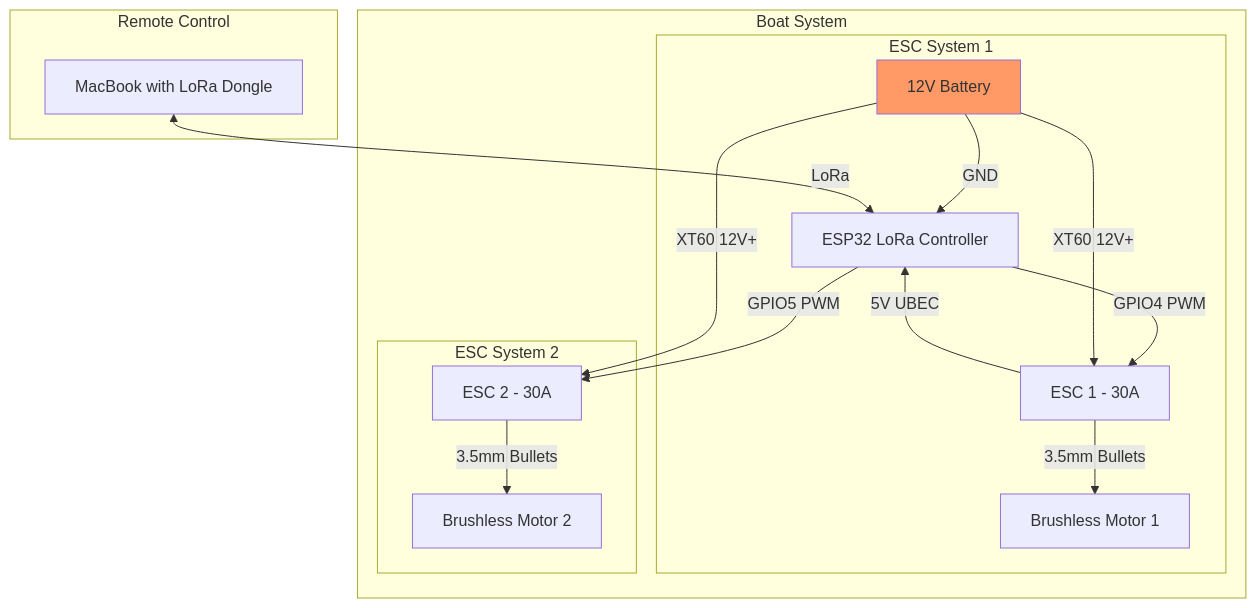
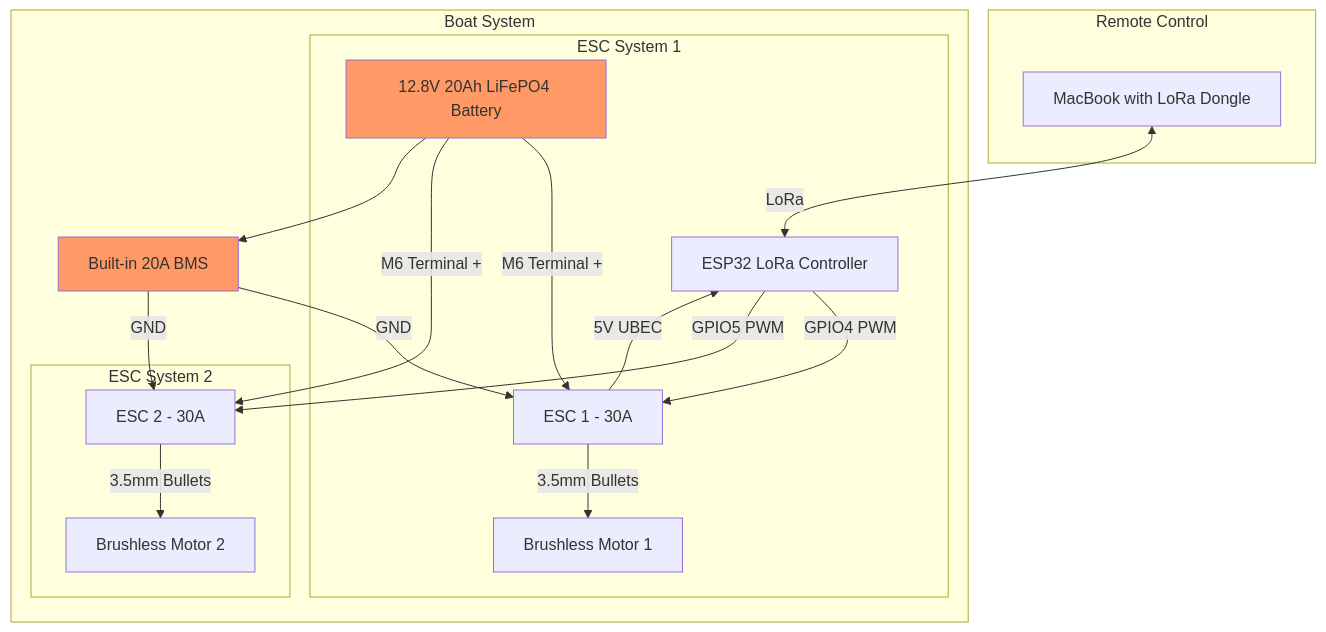
Before and after one commit to lightsblue/boat: the diagram in requirements.md, drawn with Mermaid. The commit also changed other lines of this file, not shown here.

Commit message:
Added battery and milestone 1 and componenents

````diff
--- a/requirements.md
+++ b/requirements.md
@@ -89,35 +47,38 @@
 ```mermaid
 graph TD
     subgraph Remote Control
         MacBook[MacBook with LoRa Dongle]
     end
 
     subgraph Boat System
         ESP32[ESP32 LoRa Controller]
-        Battery[12V Battery]
+        Battery[12.8V 20Ah LiFePO4 Battery]
+        BMS[Built-in 20A BMS]
         
         subgraph ESC System 1
             ESC1[ESC 1 - 30A]
             Motor1[Brushless Motor 1]
             ESP32 -->|GPIO4 PWM| ESC1
-            Battery -->|XT60 12V+| ESC1
+            Battery -->|M6 Terminal +| ESC1
             ESC1 -->|3.5mm Bullets| Motor1
         end
         
         subgraph ESC System 2
             ESC2[ESC 2 - 30A]
             Motor2[Brushless Motor 2]
             ESP32 -->|GPIO5 PWM| ESC2
-            Battery -->|XT60 12V+| ESC2
+            Battery -->|M6 Terminal +| ESC2
             ESC2 -->|3.5mm Bullets| Motor2
         end
         
-        Battery -->|GND| ESP32
+        Battery --> BMS
+        BMS -->|GND| ESC1
+        BMS -->|GND| ESC2
         ESC1 -->|5V UBEC| ESP32
     end
 
     MacBook <--LoRa--> ESP32
 
     classDef power fill:#f96
-    class Battery power
+    class Battery,BMS power
 ```
````
